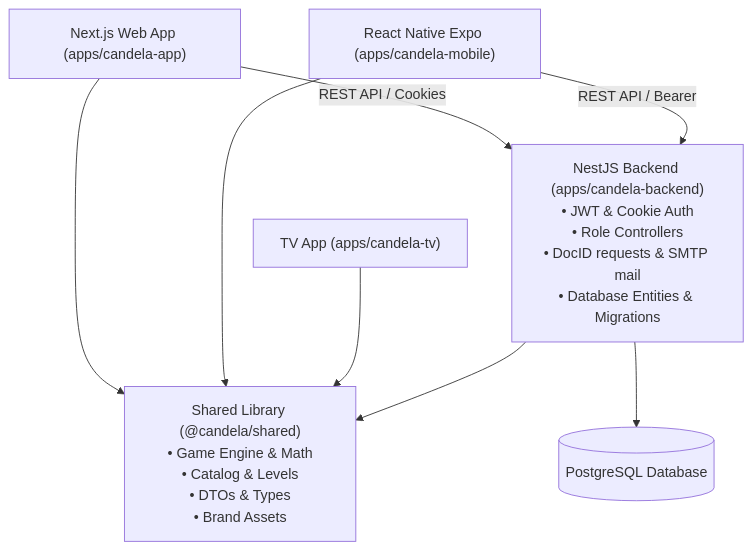
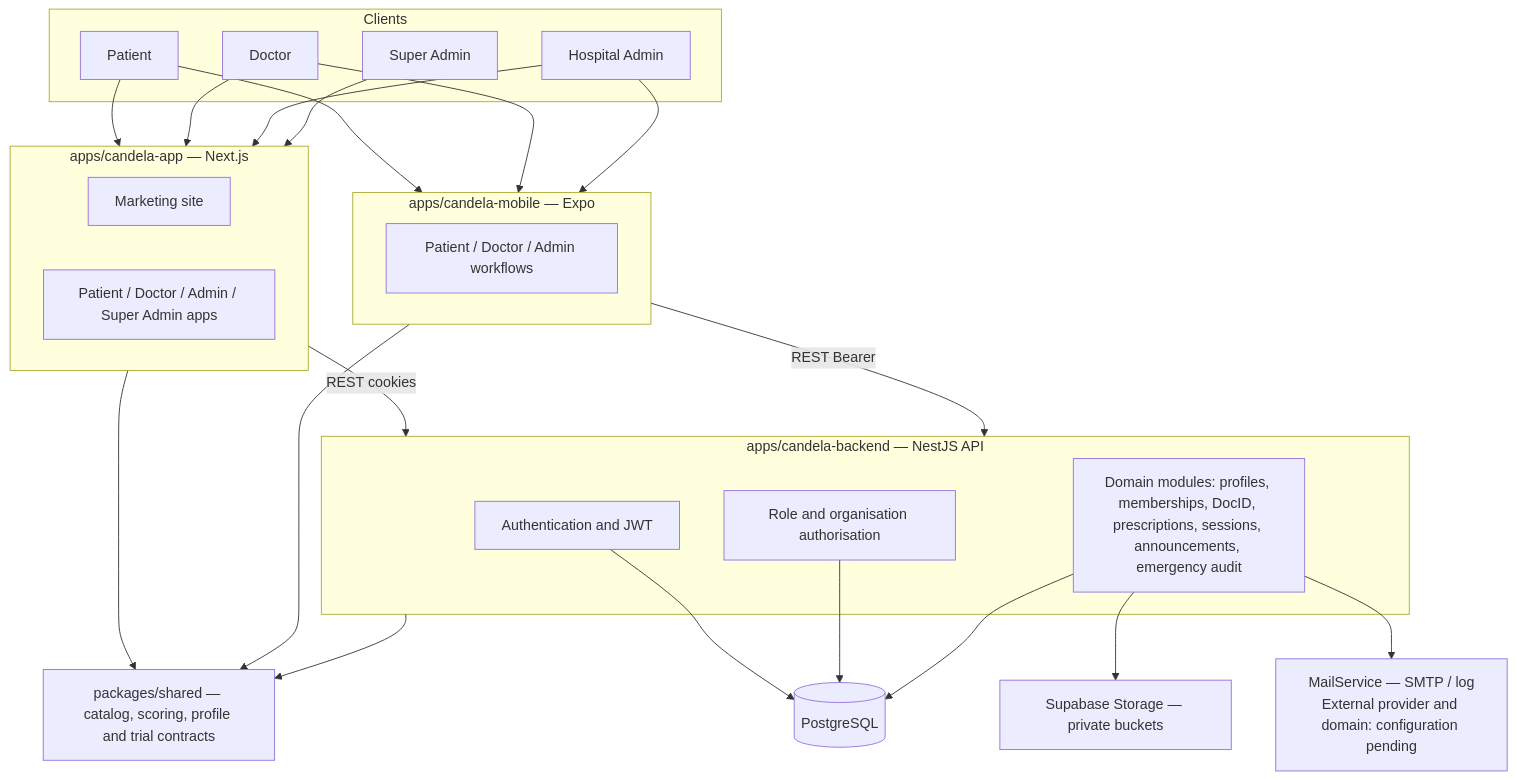
Before and after one commit to candela-app/Candela: the first of 5 diagrams in docs/ARCHITECTURE.md, drawn with Mermaid. The commit also changed other lines of this file and 150 other files, not shown here.

````diff
--- a/docs/ARCHITECTURE.md
+++ b/docs/ARCHITECTURE.md
@@ -9,21 +15,51 @@
 ```mermaid
-graph TD
-    ClientWeb["Next.js Web App (apps/candela-app)"]
-    ClientMobile["React Native Expo (apps/candela-mobile)"]
-    ClientTV["TV App (apps/candela-tv)"]
+flowchart TB
+  subgraph Clients
+    P[Patient]
+    D[Doctor]
+    HA[Hospital Admin]
+    SA[Super Admin]
+  end
 
-    SharedPkg["Shared Library (@candela/shared)\n• Game Engine & Math\n• Catalog & Levels\n• DTOs & Types\n• Brand Assets"]
+  subgraph Web["apps/candela-app — Next.js"]
+    WMarketing[Marketing site]
+    WApps[Patient / Doctor / Admin / Super Admin apps]
+  end
 
-    Backend["NestJS Backend (apps/candela-backend)\n• JWT & Cookie Auth\n• Role Controllers\n• DocID requests & SMTP mail\n• Database Entities & Migrations"]
+  subgraph Mobile["apps/candela-mobile — Expo"]
+    MApps[Patient / Doctor / Admin workflows]
+  end
 
-    Database[(PostgreSQL Database)]
+  subgraph Backend["apps/candela-backend — NestJS API"]
+    Auth[Authentication and JWT]
+    Authz[Role and organisation authorisation]
+    Domains[Domain modules: profiles, memberships, DocID, prescriptions, sessions, announcements, emergency audit]
+  end
 
-    ClientWeb --> SharedPkg
-    ClientMobile --> SharedPkg
-    ClientTV --> SharedPkg
-    Backend --> SharedPkg
+  Shared["packages/shared — catalog, scoring, profile and trial contracts"]
 
-    ClientWeb -->|REST API / Cookies| Backend
-    ClientMobile -->|REST API / Bearer| Backend
-    Backend --> Database
+  DB[(PostgreSQL)]
+  Storage[Supabase Storage — private buckets]
+  Mail["MailService — SMTP / log\nExternal provider and domain: configuration pending"]
+
+  P --> Web
+  P --> Mobile
+  D --> Web
+  D --> Mobile
+  HA --> Web
+  HA --> Mobile
+  SA --> Web
+
+  Web --> Shared
+  Mobile --> Shared
+  Backend --> Shared
+
+  Web -->|REST cookies| Backend
+  Mobile -->|REST Bearer| Backend
+
+  Auth --> DB
+  Authz --> DB
+  Domains --> DB
+  Domains --> Storage
+  Domains --> Mail
 ```
````
